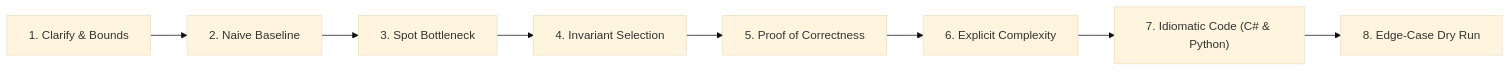
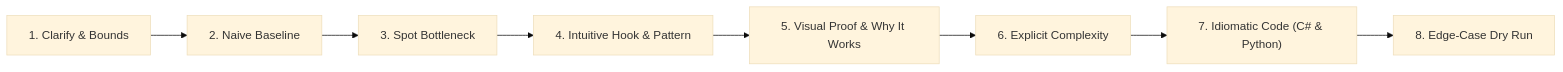
The diagram in GEMINI.md (dip4k/DSA_102), drawn with Mermaid (base theme) before and after one commit. The commit also changed other lines of this file and 332 other files, not shown here.

````diff
--- a/GEMINI.md
+++ b/GEMINI.md
@@ -26,10 +26,10 @@
 ```mermaid
 flowchart LR
     S1["1. Clarify & Bounds"] --> S2["2. Naive Baseline"]
     S2 --> S3["3. Spot Bottleneck"]
-    S3 --> S4["4. Invariant Selection"]
-    S4 --> S5["5. Proof of Correctness"]
+    S3 --> S4["4. Intuitive Hook & Pattern"]
+    S4 --> S5["5. Visual Proof & Why It Works"]
     S5 --> S6["6. Explicit Complexity"]
     S6 --> S7["7. Idiomatic Code (C# & Python)"]
     S7 --> S8["8. Edge-Case Dry Run"]
 ```
````
